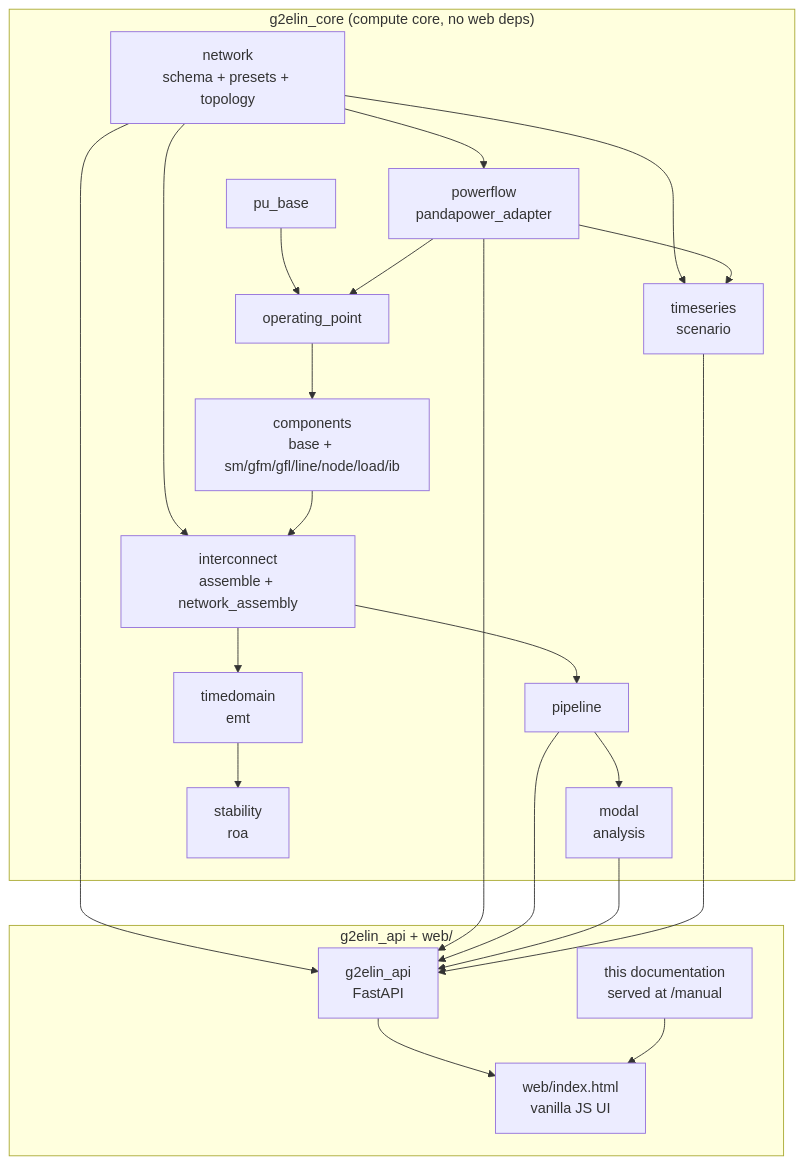
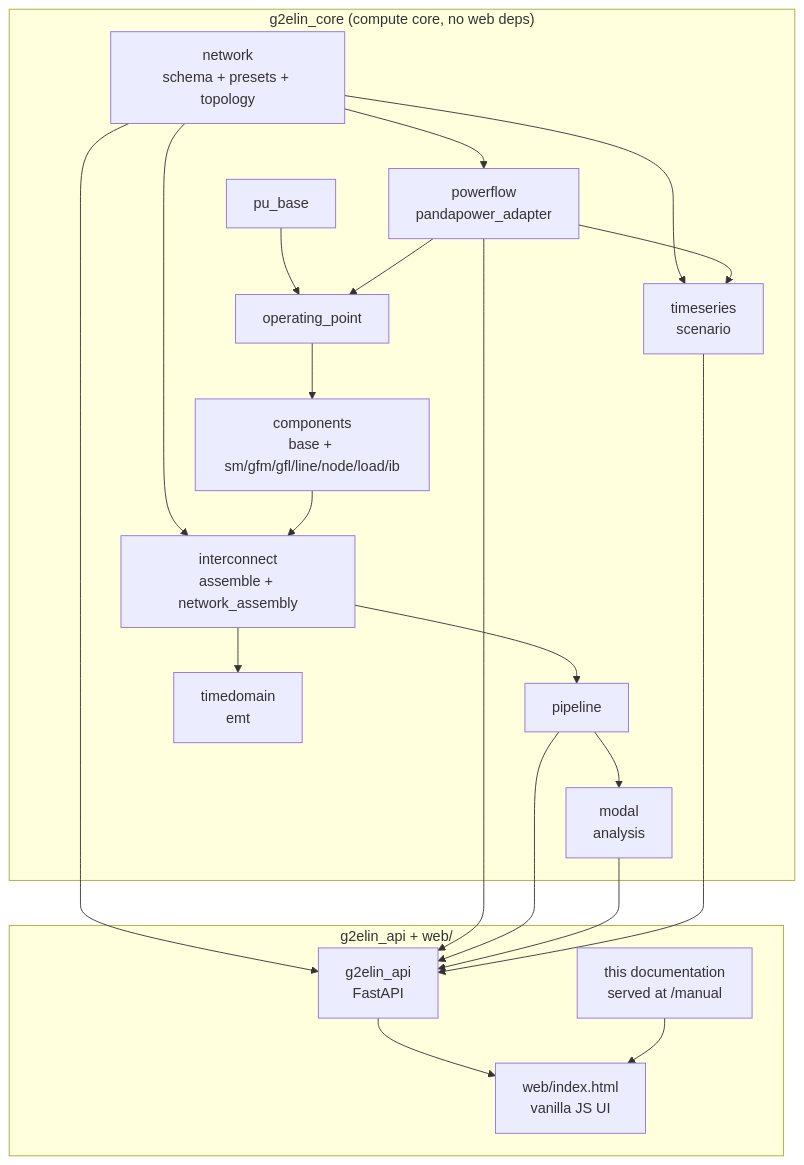
One commit to FKELADA/G2ELin changed the diagram in python/docs/sphinx/index.md. Above: the diagram before and after it, drawn with Mermaid. The commit also changed other lines of this file and 33 other files, not shown here.

````diff
--- a/python/docs/sphinx/index.md
+++ b/python/docs/sphinx/index.md
@@ -15,54 +15,51 @@
 ```{mermaid}
 flowchart TD
     subgraph Core["g2elin_core (compute core, no web deps)"]
         NET["network<br/>schema + presets + topology"]
         PU["pu_base"]
         PF["powerflow<br/>pandapower_adapter"]
         OP["operating_point"]
         COMP["components<br/>base + sm/gfm/gfl/line/node/load/ib"]
         IC["interconnect<br/>assemble + network_assembly"]
         PIPE["pipeline"]
         MODAL["modal<br/>analysis"]
         TS["timeseries<br/>scenario"]
         TD["timedomain<br/>emt"]
-        STAB["stability<br/>roa"]
     end
     subgraph Surface["g2elin_api + web/"]
         API["g2elin_api<br/>FastAPI"]
         WEB["web/index.html<br/>vanilla JS UI"]
         DOCS["this documentation<br/>served at /manual"]
     end
 
     NET --> PF
     NET --> TS
     PF --> TS
     PU --> OP
     PF --> OP
     OP --> COMP
     NET --> IC
     COMP --> IC
     IC --> PIPE
     IC --> TD
     PIPE --> MODAL
-    TD --> STAB
 
     NET --> API
     PF --> API
     PIPE --> API
     MODAL --> API
     TS --> API
     API --> WEB
     DOCS --> WEB
 
     click NET "modules/network.html" "network schema + presets + topology"
     click PF "modules/powerflow.html" "static power flow"
     click OP "modules/operating_point.html" "operating point"
     click COMP "modules/components.html" "symbolic component models"
     click IC "modules/interconnect.html" "block interconnection"
     click PIPE "modules/pipeline.html" "linearization pipeline"
     click MODAL "modules/pipeline.html" "modal analysis"
     click TS "modules/timeseries.html" "time-series load flow"
     click TD "modules/timedomain.html" "EMT/nonlinear simulation"
-    click STAB "modules/stability.html" "Lyapunov ROA tracing"
     click API "api_and_web.html" "FastAPI + web UI"
 ```
````
